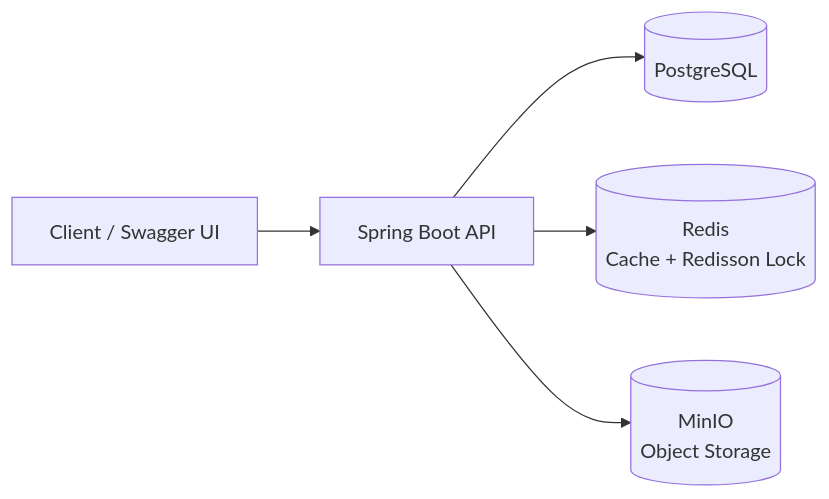
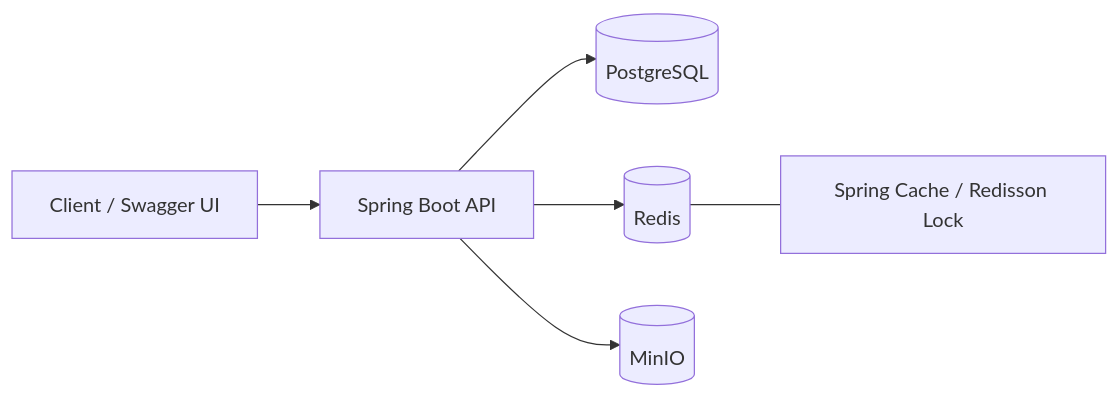
The first of 3 diagrams in README.md (viettuan27/gaming-gear-api), drawn with Mermaid before and after one commit. The commit also changed other lines of this file, not shown here.

````diff
--- a/README.md
+++ b/README.md
@@ -21,7 +31,8 @@
 ```mermaid
 flowchart LR
-    Client[Client / Swagger UI] --> API[Spring Boot API]
-    API --> DB[(PostgreSQL)]
-    API --> Redis[(Redis\nCache + Redisson Lock)]
-    API --> MinIO[(MinIO\nObject Storage)]
+    C[Client / Swagger UI] --> A[Spring Boot API]
+    A --> P[(PostgreSQL)]
+    A --> R[(Redis)]
+    A --> M[(MinIO)]
+    R --- L[Spring Cache / Redisson Lock]
 ```
````
